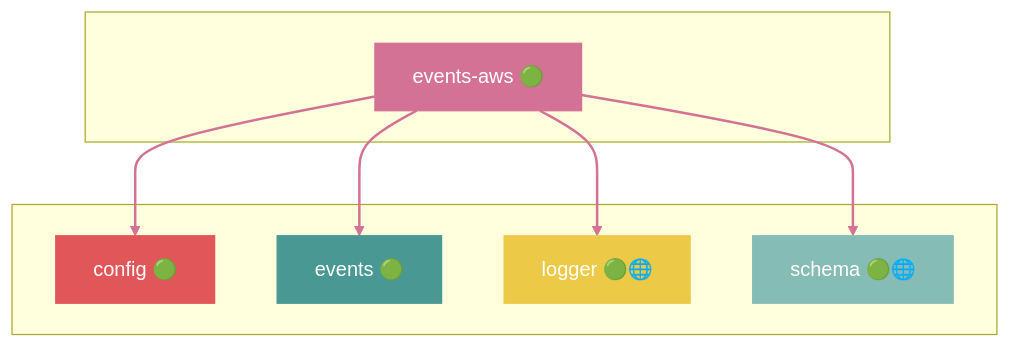
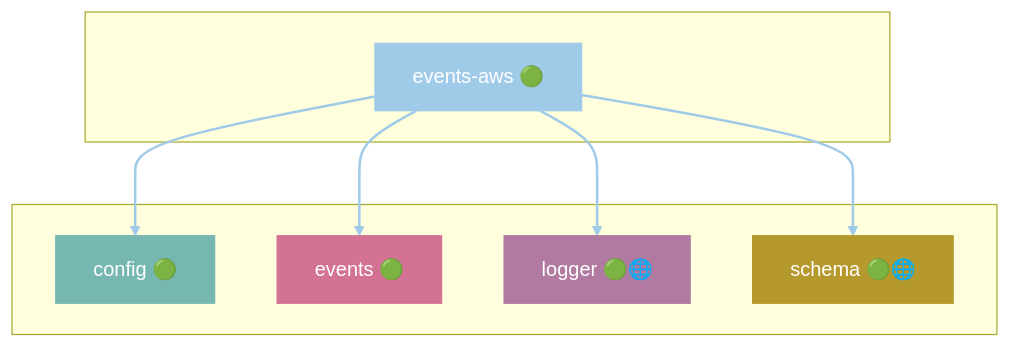
Before and after one commit to grest-ts/grest-ts: diagram 17 of 42 in docs/DEPENDENCIES.md, drawn with Mermaid. The commit also changed other lines of this file and 11 other files, not shown here.

````diff
--- a/docs/DEPENDENCIES.md
+++ b/docs/DEPENDENCIES.md
@@ -855,25 +909,25 @@
 ```mermaid
 flowchart TB
     subgraph Package[" "]
         events-aws["events-aws 🟢"]
     end
     subgraph Dependencies[" "]
         config["config 🟢"]
         events["events 🟢"]
         logger["logger 🟢🌐"]
         schema["schema 🟢🌐"]
     end
     events-aws --> config
     events-aws --> events
     events-aws --> logger
     events-aws --> schema
-    style events-aws fill:#D37295,stroke:#D37295,color:#fff
-    style config fill:#E15759,stroke:#E15759,color:#fff
-    style events fill:#499894,stroke:#499894,color:#fff
-    style logger fill:#EDC948,stroke:#EDC948,color:#fff
-    style schema fill:#86BCB6,stroke:#86BCB6,color:#fff
-    linkStyle 0 stroke:#D37295,stroke-width:2px
-    linkStyle 1 stroke:#D37295,stroke-width:2px
-    linkStyle 2 stroke:#D37295,stroke-width:2px
-    linkStyle 3 stroke:#D37295,stroke-width:2px
+    style events-aws fill:#A0CBE8,stroke:#A0CBE8,color:#fff
+    style config fill:#76B7B2,stroke:#76B7B2,color:#fff
+    style events fill:#D37295,stroke:#D37295,color:#fff
+    style logger fill:#B07AA1,stroke:#B07AA1,color:#fff
+    style schema fill:#B6992D,stroke:#B6992D,color:#fff
+    linkStyle 0 stroke:#A0CBE8,stroke-width:2px
+    linkStyle 1 stroke:#A0CBE8,stroke-width:2px
+    linkStyle 2 stroke:#A0CBE8,stroke-width:2px
+    linkStyle 3 stroke:#A0CBE8,stroke-width:2px
 ```
````
